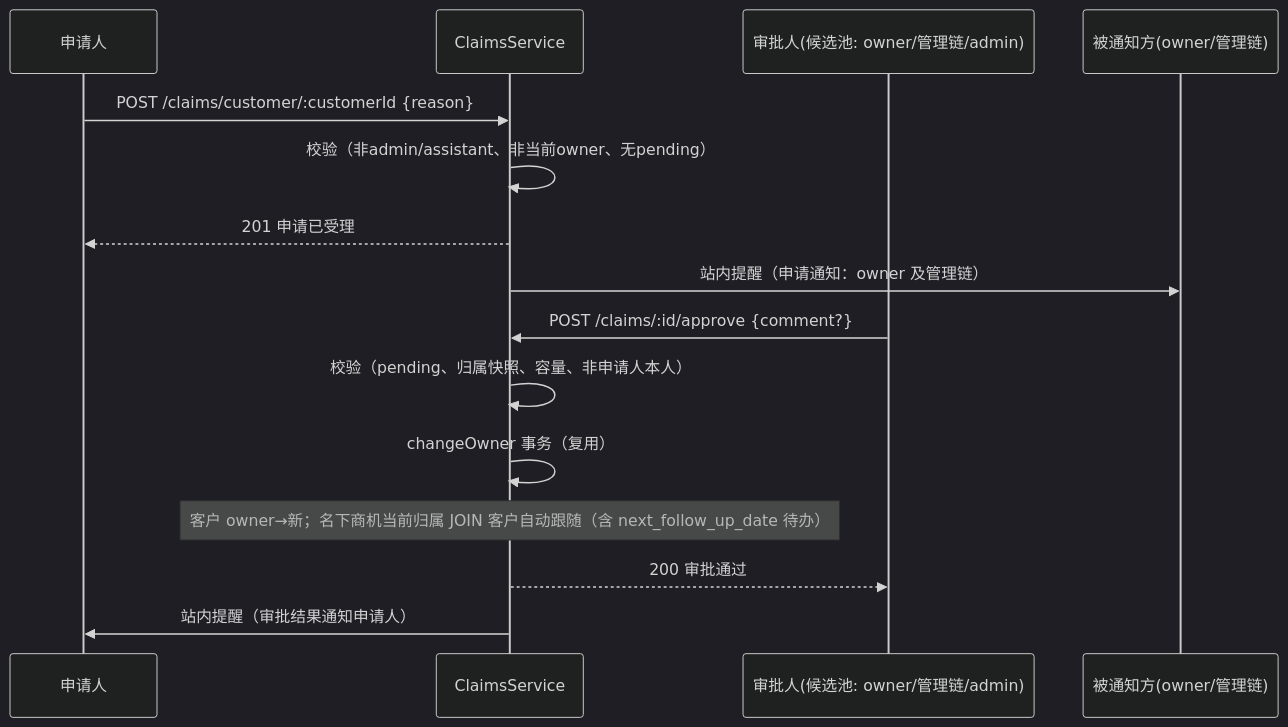
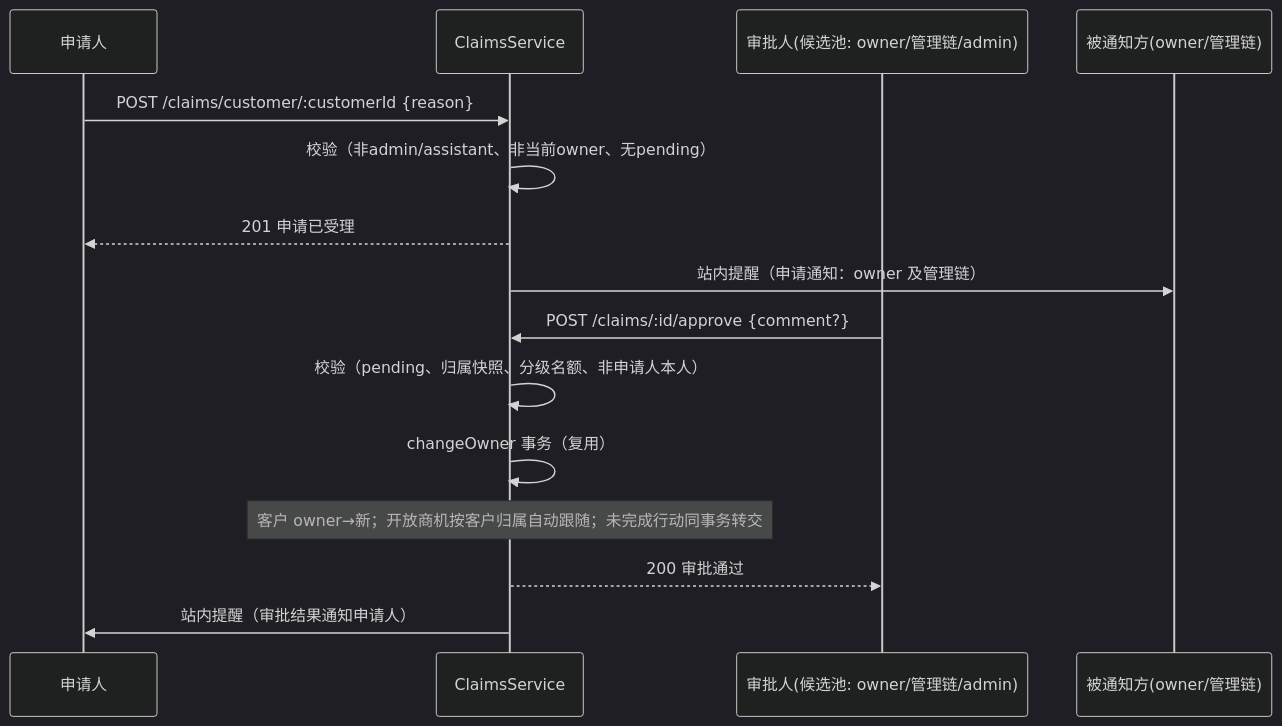
One commit to lixiname/LITECRM changed diagram 12 of 26 in docs/重构架构决策与实施蓝图.md. Above: the diagram before and after it, drawn with Mermaid (dark theme). The commit also changed other lines of this file and 8 other files, not shown here.

````diff
--- a/docs/重构架构决策与实施蓝图.md
+++ b/docs/重构架构决策与实施蓝图.md
@@ -864,17 +924,17 @@
 ```mermaid
 sequenceDiagram
     participant B as 申请人
     participant S as ClaimsService
     participant A as 审批人(候选池: owner/管理链/admin)
     participant N as 被通知方(owner/管理链)
     B->>S: POST /claims/customer/:customerId {reason}
     S->>S: 校验（非admin/assistant、非当前owner、无pending）
     S-->>B: 201 申请已受理
     S->>N: 站内提醒（申请通知：owner 及管理链）
     A->>S: POST /claims/:id/approve {comment?}
-    S->>S: 校验（pending、归属快照、容量、非申请人本人）
+    S->>S: 校验（pending、归属快照、分级名额、非申请人本人）
     S->>S: changeOwner 事务（复用）
-    Note over S: 客户 owner→新；名下商机当前归属 JOIN 客户自动跟随（含 next_follow_up_date 待办）
+    Note over S: 客户 owner→新；开放商机按客户归属自动跟随；未完成行动同事务转交
     S-->>A: 200 审批通过
     S->>B: 站内提醒（审批结果通知申请人）
 ```
````
